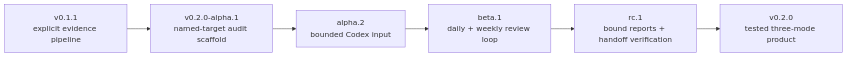
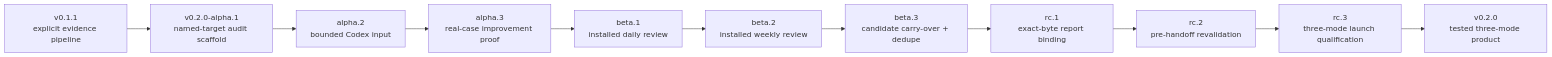
Before and after one commit to adand-91/gpt-6-astra-skill: the diagram in UPDATE_MAP.md, drawn with Mermaid. The commit also changed other lines of this file and 8 other files, not shown here.

Commit message:
docs: record alpha.1 and daily v0.2 train

````diff
--- a/UPDATE_MAP.md
+++ b/UPDATE_MAP.md
@@ -12,8 +13,13 @@
 ```mermaid
 flowchart LR
     A["v0.1.1<br/>explicit evidence pipeline"] --> B["v0.2.0-alpha.1<br/>named-target audit scaffold"]
     B --> C["alpha.2<br/>bounded Codex input"]
-    C --> D["beta.1<br/>daily + weekly review loop"]
-    D --> E["rc.1<br/>bound reports + handoff verification"]
-    E --> F["v0.2.0<br/>tested three-mode product"]
+    C --> D["alpha.3<br/>real-case improvement proof"]
+    D --> E["beta.1<br/>installed daily review"]
+    E --> F["beta.2<br/>installed weekly review"]
+    F --> G["beta.3<br/>candidate carry-over + dedupe"]
+    G --> H["rc.1<br/>exact-byte report binding"]
+    H --> I["rc.2<br/>pre-handoff revalidation"]
+    I --> J["rc.3<br/>three-mode launch qualification"]
+    J --> K["v0.2.0<br/>tested three-mode product"]
 ```
````
